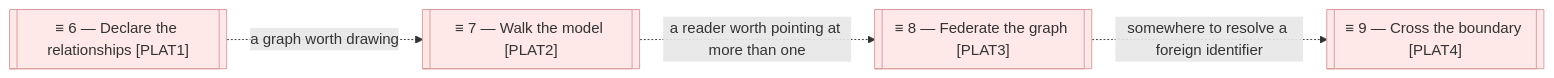
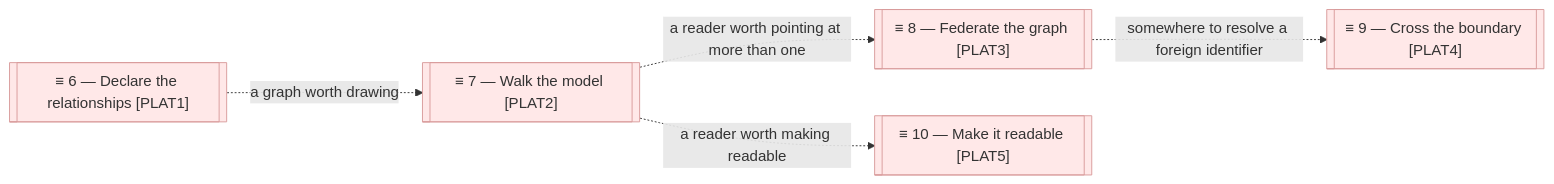
The diagram in product-archreator/architecture/roadmap/2_sequence.md (roanboc/architecture-archreator), drawn with Mermaid before and after one commit. The commit also changed other lines of this file and 15 other files, not shown here.

First line of the commit message:
feat: the model becomes readable — initiative 10, PLAT5

````diff
--- a/product-archreator/architecture/roadmap/2_sequence.md
+++ b/product-archreator/architecture/roadmap/2_sequence.md
@@ -18,13 +18,15 @@
 ```mermaid
 flowchart LR
   i6[["≡ 6 — Declare the relationships [PLAT1]"]]:::plateau
   i7[["≡ 7 — Walk the model [PLAT2]"]]:::plateau
   i8[["≡ 8 — Federate the graph [PLAT3]"]]:::plateau
   i9[["≡ 9 — Cross the boundary [PLAT4]"]]:::plateau
+  i10[["≡ 10 — Make it readable [PLAT5]"]]:::plateau
 
   i6 -.->|a graph worth drawing| i7
   i7 -.->|a reader worth pointing at more than one| i8
   i8 -.->|somewhere to resolve a foreign identifier| i9
+  i7 -.->|a reader worth making readable| i10
 
   classDef plateau fill:#ffe8e8,stroke:#d99b9b,color:#333
 ```
````
